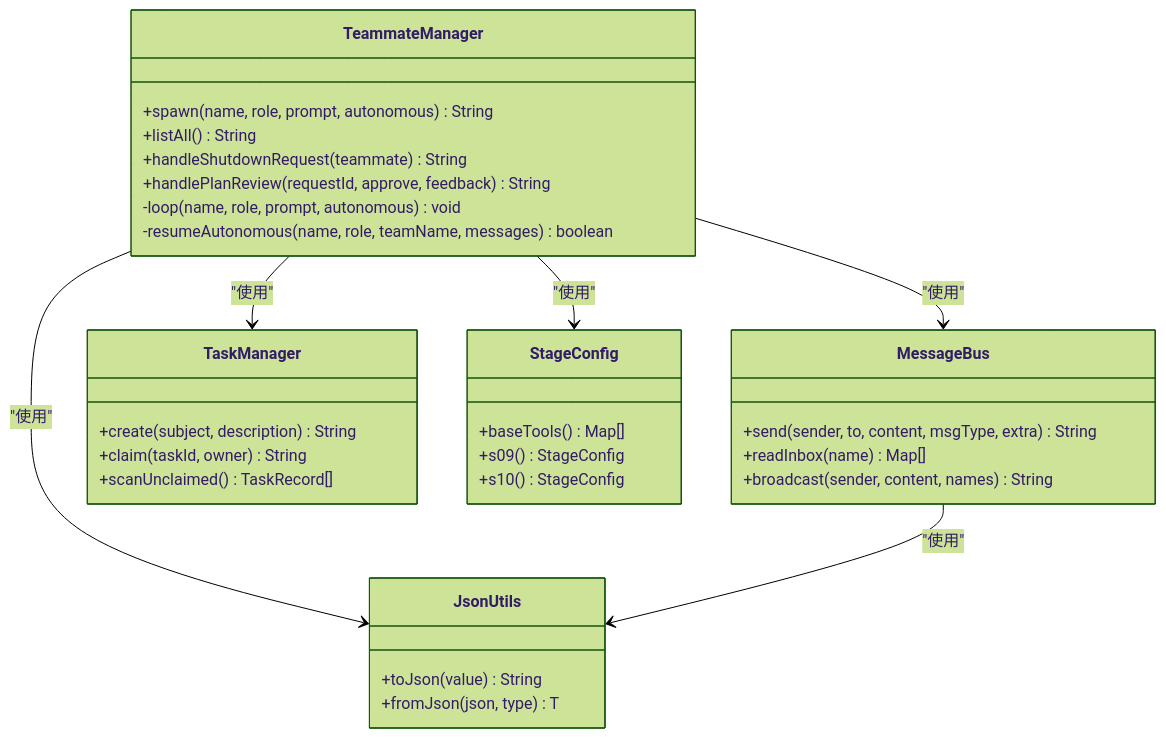
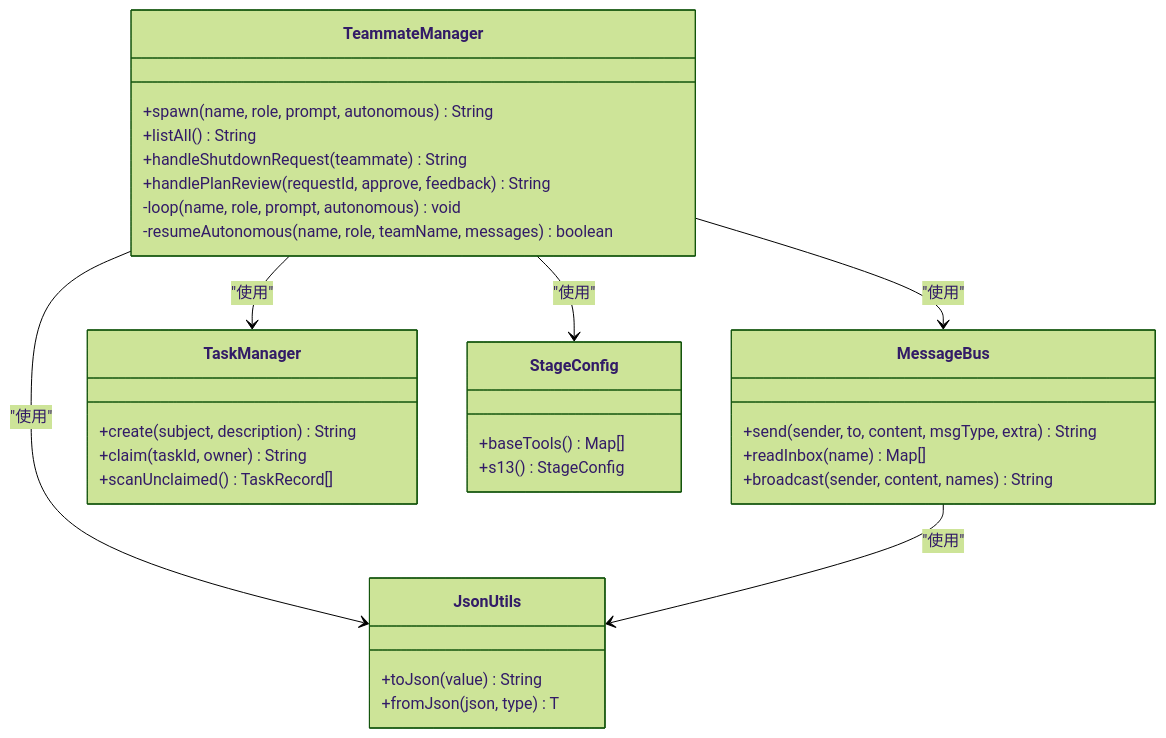
Before and after one commit to chenlds1994/learn-claude-code-java: the fifth of 5 diagrams in .qoder/repowiki/zh/content/架构设计/组件关系与依赖/团队协作依赖.md, drawn with Mermaid (forest theme). The commit also changed other lines of this file and 143 other files, not shown here.

First line of the commit message:
更新 repowiki 与 drawio 教程图至 17 阶段结构

````diff
--- a/.qoder/repowiki/zh/content/架构设计/组件关系与依赖/团队协作依赖.md
+++ b/.qoder/repowiki/zh/content/架构设计/组件关系与依赖/团队协作依赖.md
@@ -260,35 +255,34 @@
 ```mermaid
 classDiagram
 class TeammateManager {
 +spawn(name, role, prompt, autonomous) String
 +listAll() String
 +handleShutdownRequest(teammate) String
 +handlePlanReview(requestId, approve, feedback) String
 -loop(name, role, prompt, autonomous) void
 -resumeAutonomous(name, role, teamName, messages) boolean
 }
 class MessageBus {
 +send(sender, to, content, msgType, extra) String
 +readInbox(name) Map[]
 +broadcast(sender, content, names) String
 }
 class TaskManager {
 +create(subject, description) String
 +claim(taskId, owner) String
 +scanUnclaimed() TaskRecord[]
 }
 class JsonUtils {
 +toJson(value) String
 +fromJson(json, type) T
 }
 class StageConfig {
 +baseTools() Map[]
-+s09() StageConfig
-+s10() StageConfig
++s13() StageConfig
 }
 TeammateManager --> MessageBus : "使用"
 TeammateManager --> TaskManager : "使用"
 TeammateManager --> JsonUtils : "使用"
 TeammateManager --> StageConfig : "使用"
 MessageBus --> JsonUtils : "使用"
 ```
````
